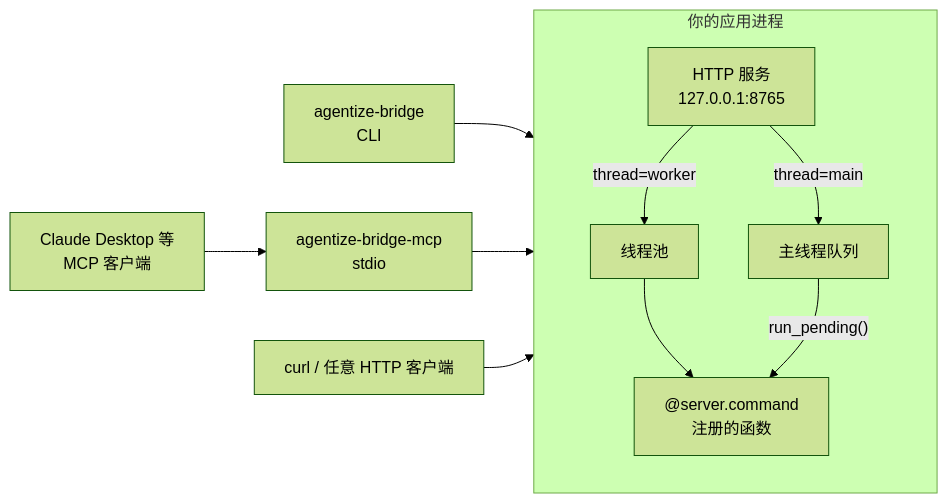
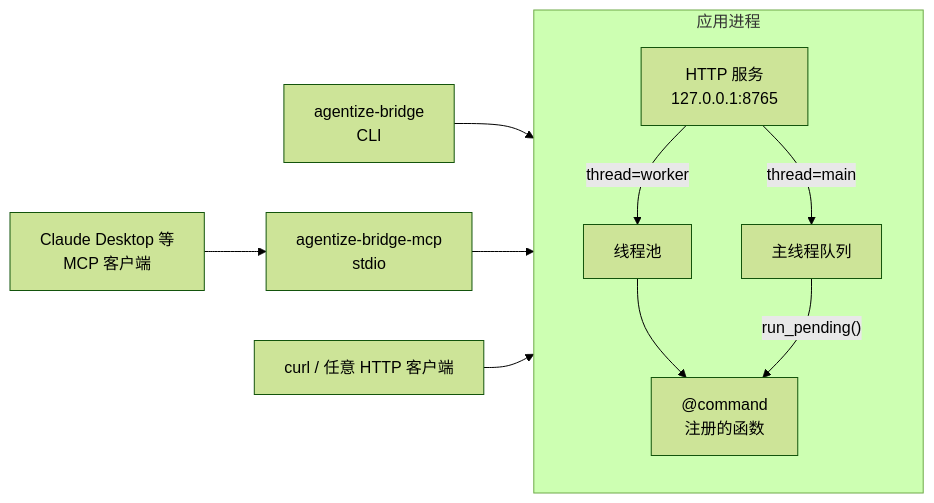
The diagram in README.md (ewoaoo/agentize-bridge), drawn with Mermaid (forest theme) before and after one commit. The commit also changed other lines of this file and 25 other files, not shown here.

````diff
--- a/README.md
+++ b/README.md
@@ -20,17 +21,17 @@
 ```mermaid
 flowchart LR
-    subgraph app["你的应用进程"]
+    subgraph app["应用进程"]
         direction TB
         http["HTTP 服务<br/>127.0.0.1:8765"]
         pool["线程池"]
         queue["主线程队列"]
-        fn["@server.command<br/>注册的函数"]
+        fn["@command<br/>注册的函数"]
         http -- "thread=worker" --> pool --> fn
         http -- "thread=main" --> queue -- "run_pending()" --> fn
     end
 
     cli["agentize-bridge<br/>CLI"] --> http
     mcp["agentize-bridge-mcp<br/>stdio"] --> http
     host["Claude Desktop 等<br/>MCP 客户端"] --> mcp
     any["curl / 任意 HTTP 客户端"] --> http
 ```
````
